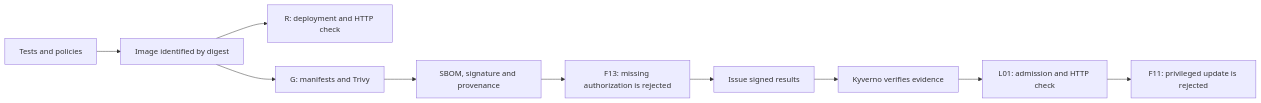
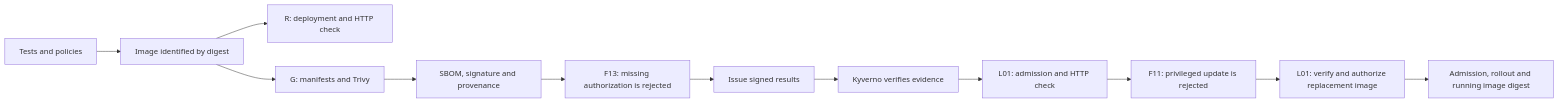
One commit to tfm-goldenpath/golden-path-lab changed the diagram in implementacion/README.md. Above: the diagram before and after it, drawn with Mermaid. The commit also changed other lines of this file and 32 other files, not shown here.

Commit message:
feat: validate L01 image replacement with independent evidence

````diff
--- a/implementacion/README.md
+++ b/implementacion/README.md
@@ -30,12 +32,14 @@
 ```mermaid
 flowchart LR
   A[Tests and policies] --> B[Image identified by digest]
   B --> R[R: deployment and HTTP check]
   B --> C[G: manifests and Trivy]
   C --> D[SBOM, signature and provenance]
   D --> E[F13: missing authorization is rejected]
   E --> F[Issue signed results]
   F --> G[Kyverno verifies evidence]
   G --> H[L01: admission and HTTP check]
   H --> I[F11: privileged update is rejected]
+  I --> J[L01: verify and authorize replacement image]
+  J --> K[Admission, rollout and running image digest]
 ```
````
